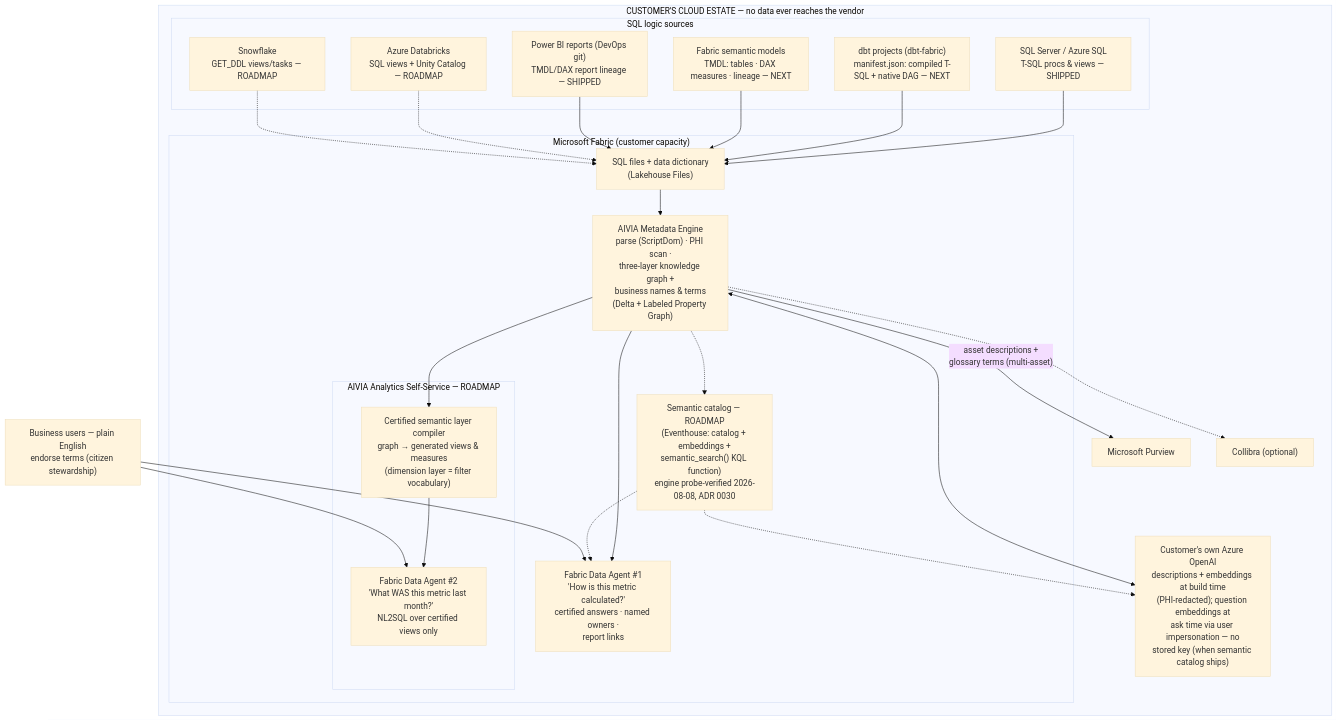
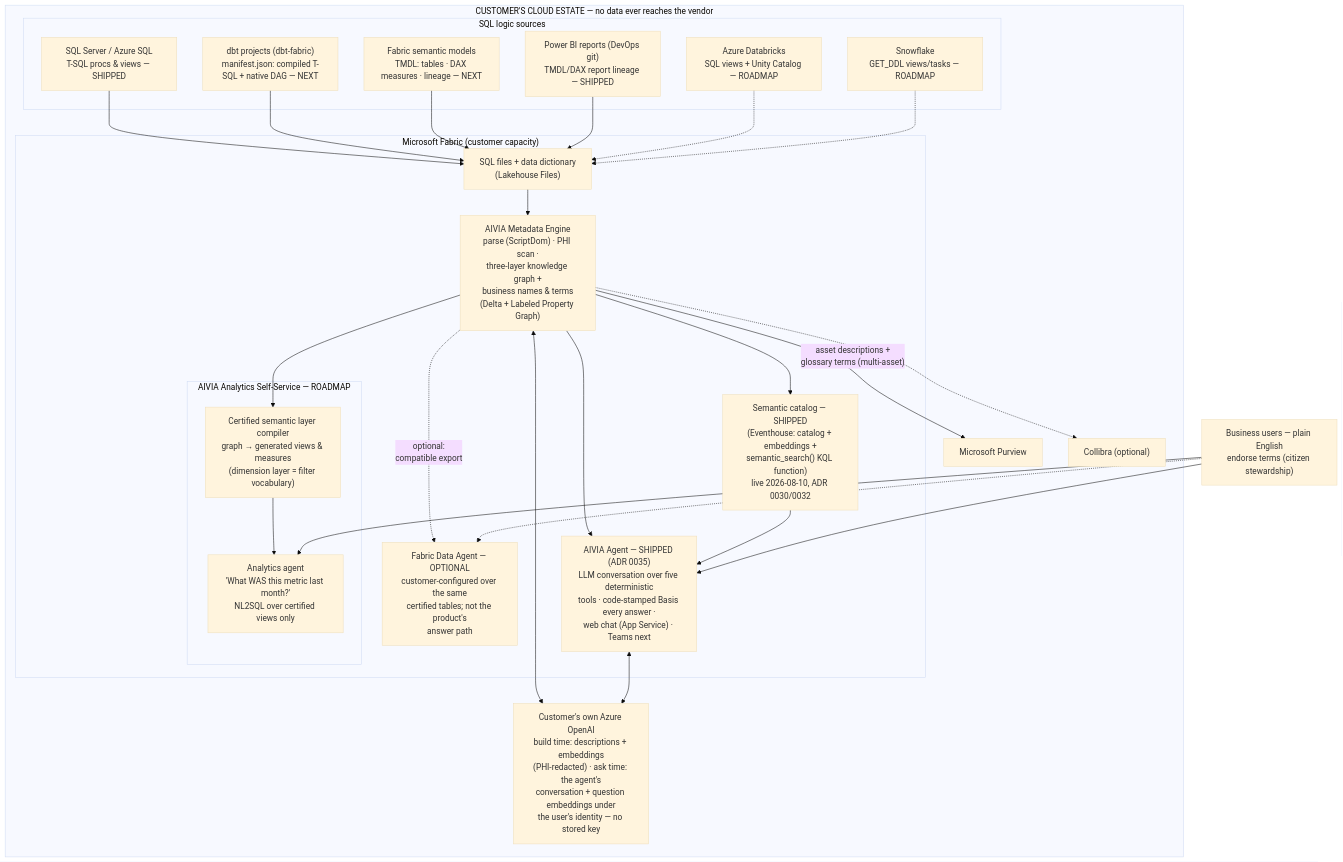
Before and after one commit to sunnyzhengai/sql-query-agent: the diagram in docs/architecture/REFERENCE_ARCHITECTURE.md, drawn with Mermaid (base theme). The commit also changed other lines of this file and 2 other files, not shown here.

Commit message:
Architecture + positioning refresh: AIVIA agent primary, Fabric Data Agent dotted-optional
Sunny's decision 2026-08-11: keep the Fabric Data Agent as an optional
customer-configured surface (dotted line on the diagrams, excluded from
the demo). System-at-a-glance redrawn for ADR 0035: agent + five tools
+ Eventhouse projection + web surface inside the tenant; honest egress
statement (customer's own Azure OpenAI at build AND ask time, no key
held). Reference architecture: semantic catalog and AIVIA agent marked
SHIPPED. Positioning doc gets a repositioning banner — Data-Agent-
generator framing marked stale pending the listing-asset copy pass.

````diff
--- a/docs/architecture/REFERENCE_ARCHITECTURE.md
+++ b/docs/architecture/REFERENCE_ARCHITECTURE.md
@@ -11,46 +11,49 @@
 ```mermaid
 flowchart TB
     subgraph ESTATE["CUSTOMER'S CLOUD ESTATE — no data ever reaches the vendor"]
         subgraph SRC["SQL logic sources"]
             TSQL["SQL Server / Azure SQL<br/>T-SQL procs & views — SHIPPED"]
             DBT["dbt projects (dbt-fabric)<br/>manifest.json: compiled T-SQL + native DAG — NEXT"]
             SM["Fabric semantic models<br/>TMDL: tables · DAX measures · lineage — NEXT"]
             PBIR["Power BI reports (DevOps git)<br/>TMDL/DAX report lineage — SHIPPED"]
             DBX["Azure Databricks<br/>SQL views + Unity Catalog — ROADMAP"]
             SNOW["Snowflake<br/>GET_DDL views/tasks — ROADMAP"]
         end
         subgraph FABRIC["Microsoft Fabric (customer capacity)"]
             FILES["SQL files + data dictionary<br/>(Lakehouse Files)"]
             ENGINE["AIVIA Metadata Engine<br/>parse (ScriptDom) · PHI scan ·<br/>three-layer knowledge graph +<br/>business names & terms<br/>(Delta + Labeled Property Graph)"]
-            SEMCAT["Semantic catalog — ROADMAP<br/>(Eventhouse: catalog + embeddings +<br/>semantic_search() KQL function)<br/>engine probe-verified 2026-08-08, ADR 0030"]
-            MAGENT["Fabric Data Agent #1<br/>'How is this metric calculated?'<br/>certified answers · named owners ·<br/>report links"]
+            SEMCAT["Semantic catalog — SHIPPED<br/>(Eventhouse: catalog + embeddings +<br/>semantic_search() KQL function)<br/>live 2026-08-10, ADR 0030/0032"]
+            MAGENT["AIVIA Agent — SHIPPED (ADR 0035)<br/>LLM conversation over five deterministic<br/>tools · code-stamped Basis every answer ·<br/>web chat (App Service) · Teams next"]
+            FDAOPT["Fabric Data Agent — OPTIONAL<br/>customer-configured over the same<br/>certified tables; not the product's<br/>answer path"]
             subgraph SS["AIVIA Analytics Self-Service — ROADMAP"]
                 COMPILER["Certified semantic layer compiler<br/>graph → generated views & measures<br/>(dimension layer = filter vocabulary)"]
-                SAGENT["Fabric Data Agent #2<br/>'What WAS this metric last month?'<br/>NL2SQL over certified views only"]
+                SAGENT["Analytics agent<br/>'What WAS this metric last month?'<br/>NL2SQL over certified views only"]
             end
         end
-        AOAI["Customer's own Azure OpenAI<br/>descriptions + embeddings at build time<br/>(PHI-redacted); question embeddings at<br/>ask time via user impersonation — no<br/>stored key (when semantic catalog ships)"]
+        AOAI["Customer's own Azure OpenAI<br/>build time: descriptions + embeddings<br/>(PHI-redacted) · ask time: the agent's<br/>conversation + question embeddings under<br/>the user's identity — no stored key"]
         PURVIEW["Microsoft Purview"]
         COLLIBRA["Collibra (optional)"]
     end
     USERS["Business users — plain English<br/>endorse terms (citizen stewardship)"]
 
     TSQL --> FILES
     DBT --> FILES
     SM --> FILES
     PBIR --> FILES
     DBX -.-> FILES
     SNOW -.-> FILES
     FILES --> ENGINE
+    ENGINE --> SEMCAT
     ENGINE --> MAGENT
-    ENGINE -.-> SEMCAT
-    SEMCAT -.-> MAGENT
+    SEMCAT --> MAGENT
     ENGINE <--> AOAI
-    SEMCAT -.-> AOAI
+    MAGENT <--> AOAI
     ENGINE -->|"asset descriptions +<br/>glossary terms (multi-asset)"| PURVIEW
     ENGINE -.-> COLLIBRA
+    ENGINE -.optional:<br/>compatible export.-> FDAOPT
     ENGINE --> COMPILER
     COMPILER --> SAGENT
     USERS --> MAGENT
+    USERS -.-> FDAOPT
     USERS --> SAGENT
 ```
````
